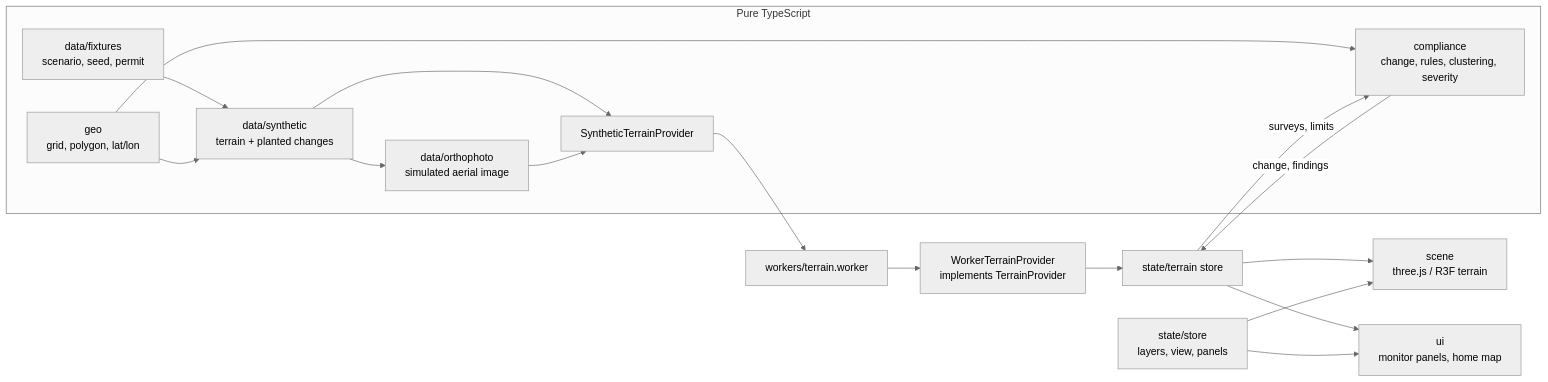
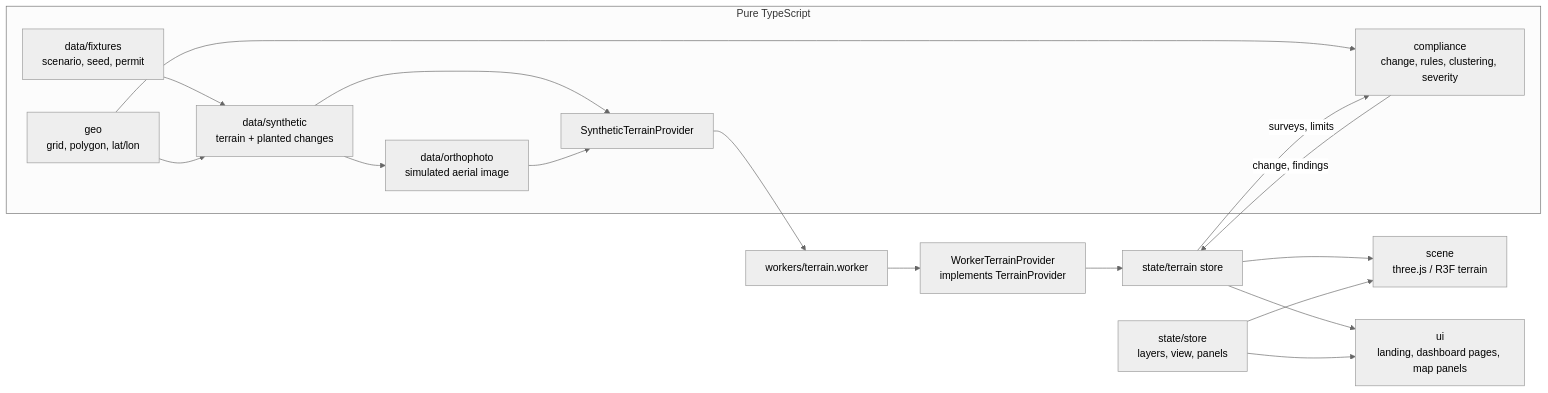
One commit to Raghav2012Code/pitwatch changed the diagram in README.md. Above: the diagram before and after it, drawn with Mermaid (neutral theme). The commit also changed other lines of this file and 1 other file, not shown here.

Commit message:
docs: refresh README for the merged dashboard

````diff
--- a/README.md
+++ b/README.md
@@ -110,21 +128,21 @@
 ```mermaid
 flowchart LR
   subgraph Pure TypeScript
     F[data/fixtures<br/>scenario, seed, permit] --> S[data/synthetic<br/>terrain + planted changes]
     S --> O[data/orthophoto<br/>simulated aerial image]
     S --> P[SyntheticTerrainProvider]
     O --> P
     G[geo<br/>grid, polygon, lat/lon] --> S
     G --> C
     C[compliance<br/>change, rules, clustering, severity]
   end
   P --> W[workers/terrain.worker]
   W --> WP[WorkerTerrainProvider<br/>implements TerrainProvider]
   WP --> T[state/terrain store]
   T -->|surveys, limits| C
   C -->|change, findings| T
   T --> SC[scene<br/>three.js / R3F terrain]
-  T --> UI[ui<br/>monitor panels, home map]
+  T --> UI[ui<br/>landing, dashboard pages, map panels]
   A[state/store<br/>layers, view, panels] --> SC
   A --> UI
 ```
````
